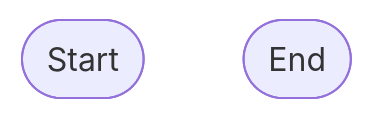
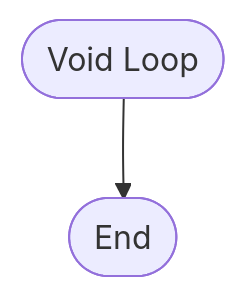
The second of 2 diagrams in Assessments/Assessment_2_Smart_Device_House/Logic.md (TheDjgamerProductions/Robotics2022), drawn with Mermaid before and after one commit. The commit also changed other lines of this file, not shown here.

````diff
--- a/Assessments/Assessment_2_Smart_Device_House/Logic.md
+++ b/Assessments/Assessment_2_Smart_Device_House/Logic.md
@@ -1,5 +10,6 @@
 ```mermaid
   flowchart TD
-    terminalStart([Start])
+    terminalStart([Void Loop])
     terminalEnd([End])
+    terminalStart --> terminalEnd
 ```
````
